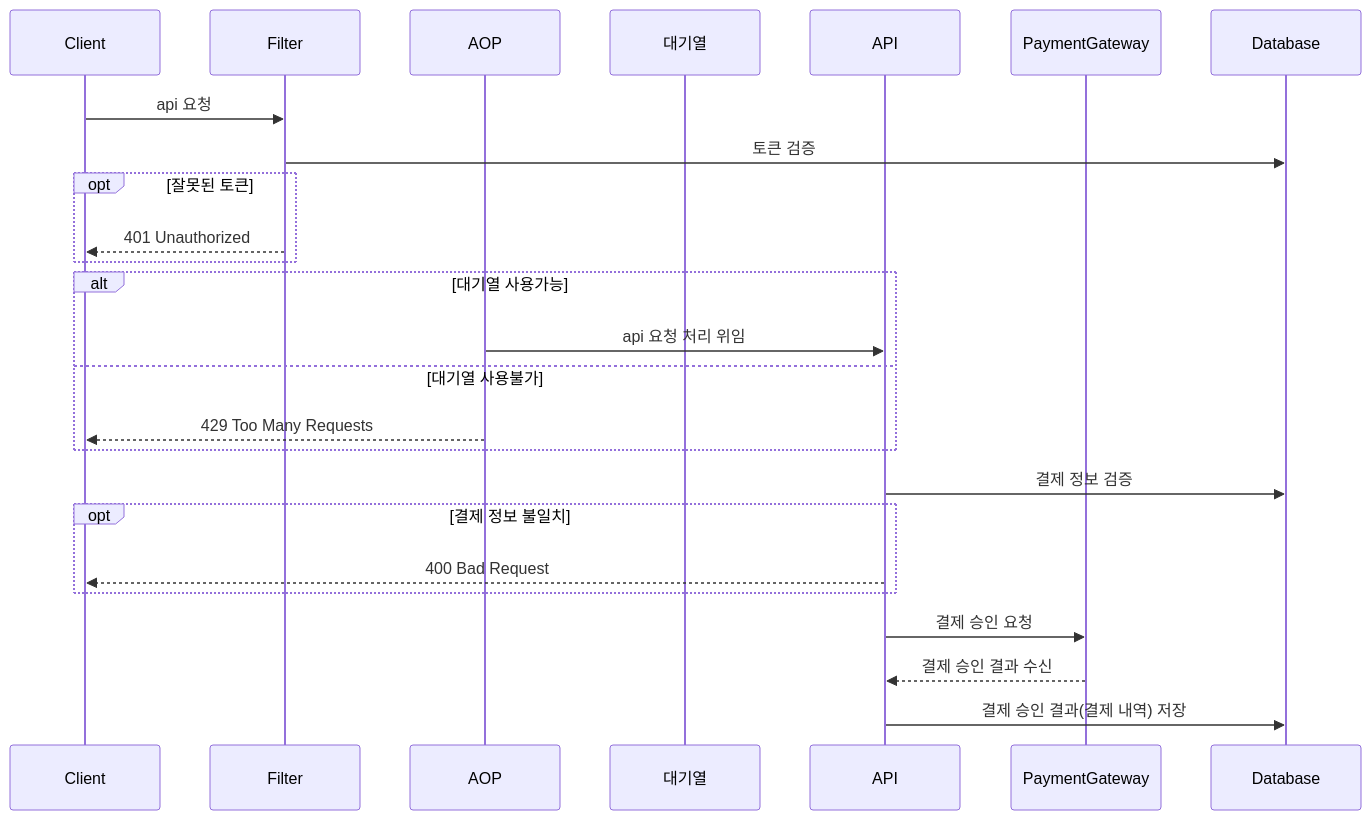
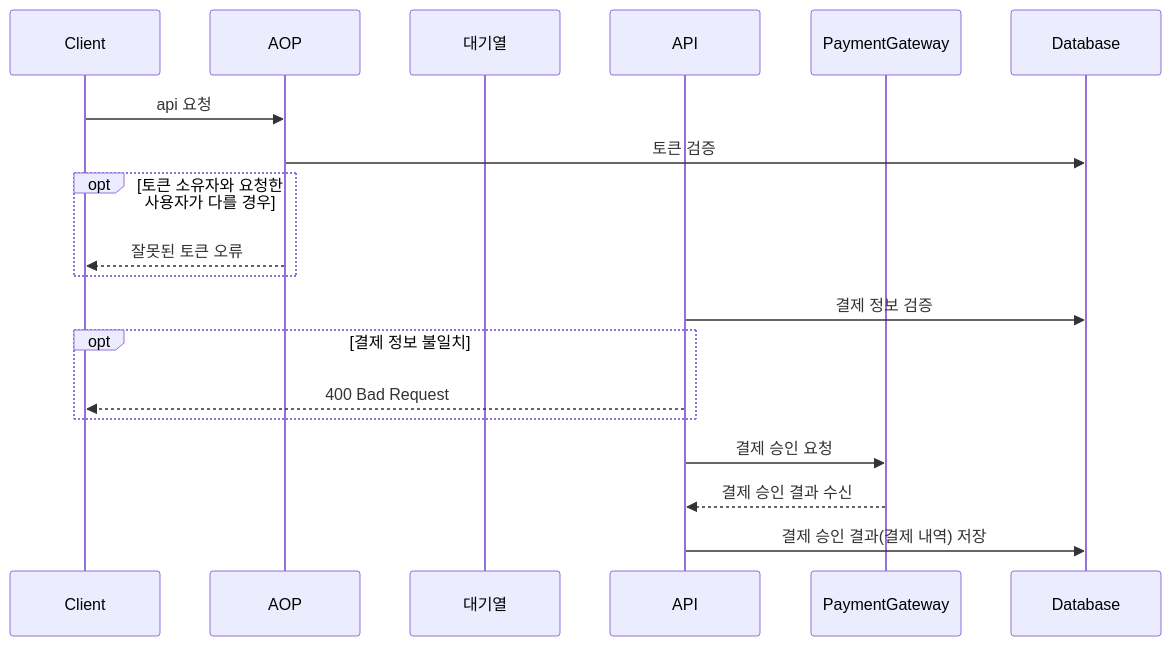
Before and after one commit to wanniDev/ticket: the eighth of 8 diagrams in README.MD, drawn with Mermaid. The commit also changed other lines of this file, not shown here.

Commit message:
Document: 대기열 플로우차트 정리

````diff
--- a/README.MD
+++ b/README.MD
@@ -507,28 +519,22 @@
 ```mermaid
 sequenceDiagram
   participant C as Client
-  participant F as Filter
-  participant AO as AOP
+  participant F as AOP
   participant Q as 대기열
   participant A as API
   participant PG as PaymentGateway
   participant DB as Database
 
   C->>F: api 요청
   F->>DB: 토큰 검증
-  opt 잘못된 토큰
-    F-->>C: 401 Unauthorized
-  end
-  alt 대기열 사용가능
-    AO->>A: api 요청 처리 위임
-  else 대기열 사용불가
-    AO-->>C: 429 Too Many Requests
+  opt 토큰 소유자와 요청한 사용자가 다를 경우
+    F-->>C: 잘못된 토큰 오류
   end
   A->>DB: 결제 정보 검증
   opt 결제 정보 불일치
     A-->>C: 400 Bad Request
   end
   A->>PG: 결제 승인 요청
   PG-->>A: 결제 승인 결과 수신
   A->>DB: 결제 승인 결과(결제 내역) 저장
 ```
````
